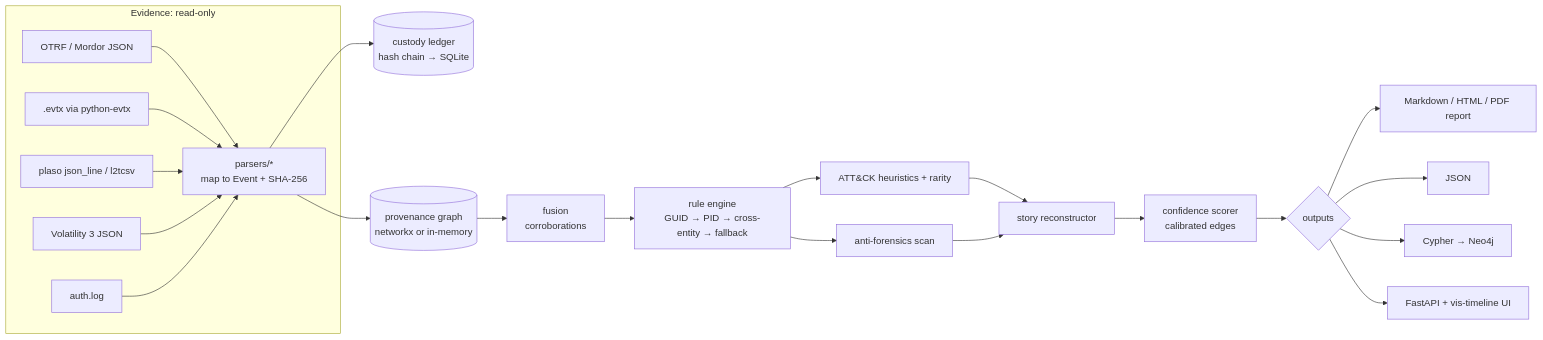
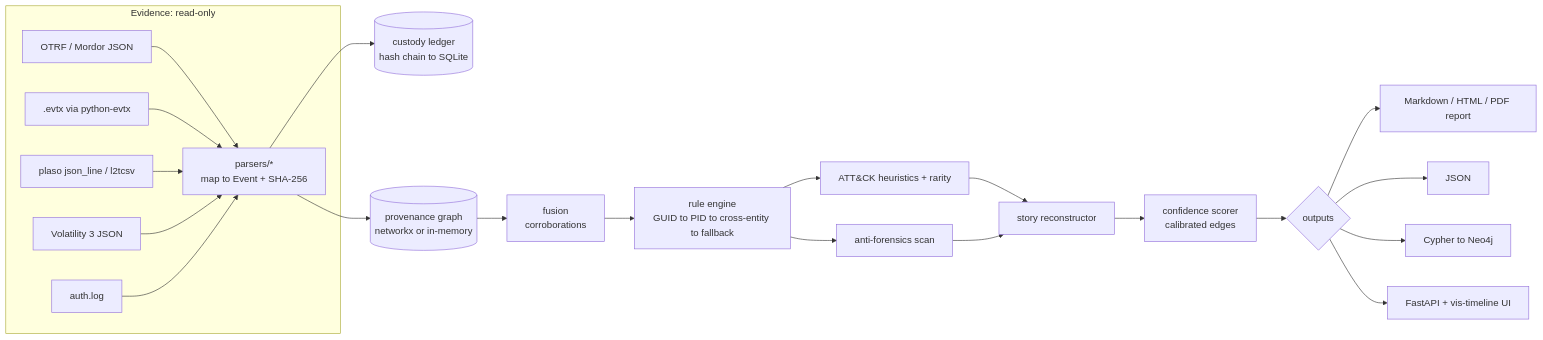
The diagram in docs/architecture.md (rakshit-737/revenant), drawn with Mermaid before and after one commit. The commit also changed 28 other files, not shown here.

````diff
--- a/docs/architecture.md
+++ b/docs/architecture.md
@@ -3,24 +3,24 @@
 ```mermaid
 flowchart LR
-  subgraph Evidence[Evidence: read-only]
-    OTRF[OTRF / Mordor JSON] --> P
-    EVTX[.evtx via python-evtx] --> P
-    PL[plaso json_line / l2tcsv] --> P
-    VOL[Volatility 3 JSON] --> P
-    AUTH[auth.log] --> P
+  subgraph Evidence["Evidence: read-only"]
+    OTRF["OTRF / Mordor JSON"] --> P
+    EVTX[".evtx via python-evtx"] --> P
+    PL["plaso json_line / l2tcsv"] --> P
+    VOL["Volatility 3 JSON"] --> P
+    AUTH["auth.log"] --> P
   end
-  P[parsers/*<br/>map to Event + SHA-256] --> L[(custody ledger<br/>hash chain → SQLite)]
-  P --> G[(provenance graph<br/>networkx or in-memory)]
-  G --> F[fusion<br/>corroborations]
-  F --> R[rule engine<br/>GUID → PID → cross-entity → fallback]
-  R --> AF[anti-forensics scan]
-  R --> AT[ATT&CK heuristics + rarity]
-  AT --> S[story reconstructor]
+  P["parsers/*<br/>map to Event + SHA-256"] --> L[("custody ledger<br/>hash chain to SQLite")]
+  P --> G[("provenance graph<br/>networkx or in-memory")]
+  G --> F["fusion<br/>corroborations"]
+  F --> R["rule engine<br/>GUID to PID to cross-entity to fallback"]
+  R --> AF["anti-forensics scan"]
+  R --> AT["ATT&CK heuristics + rarity"]
+  AT --> S["story reconstructor"]
   AF --> S
-  S --> C[confidence scorer<br/>calibrated edges]
-  C --> OUT{outputs}
-  OUT --> MD[Markdown / HTML / PDF report]
-  OUT --> JS[JSON]
-  OUT --> CY[Cypher → Neo4j]
-  OUT --> API[FastAPI + vis-timeline UI]
+  S --> C["confidence scorer<br/>calibrated edges"]
+  C --> OUT{"outputs"}
+  OUT --> MD["Markdown / HTML / PDF report"]
+  OUT --> JS["JSON"]
+  OUT --> CY["Cypher to Neo4j"]
+  OUT --> API["FastAPI + vis-timeline UI"]
 ```
````
